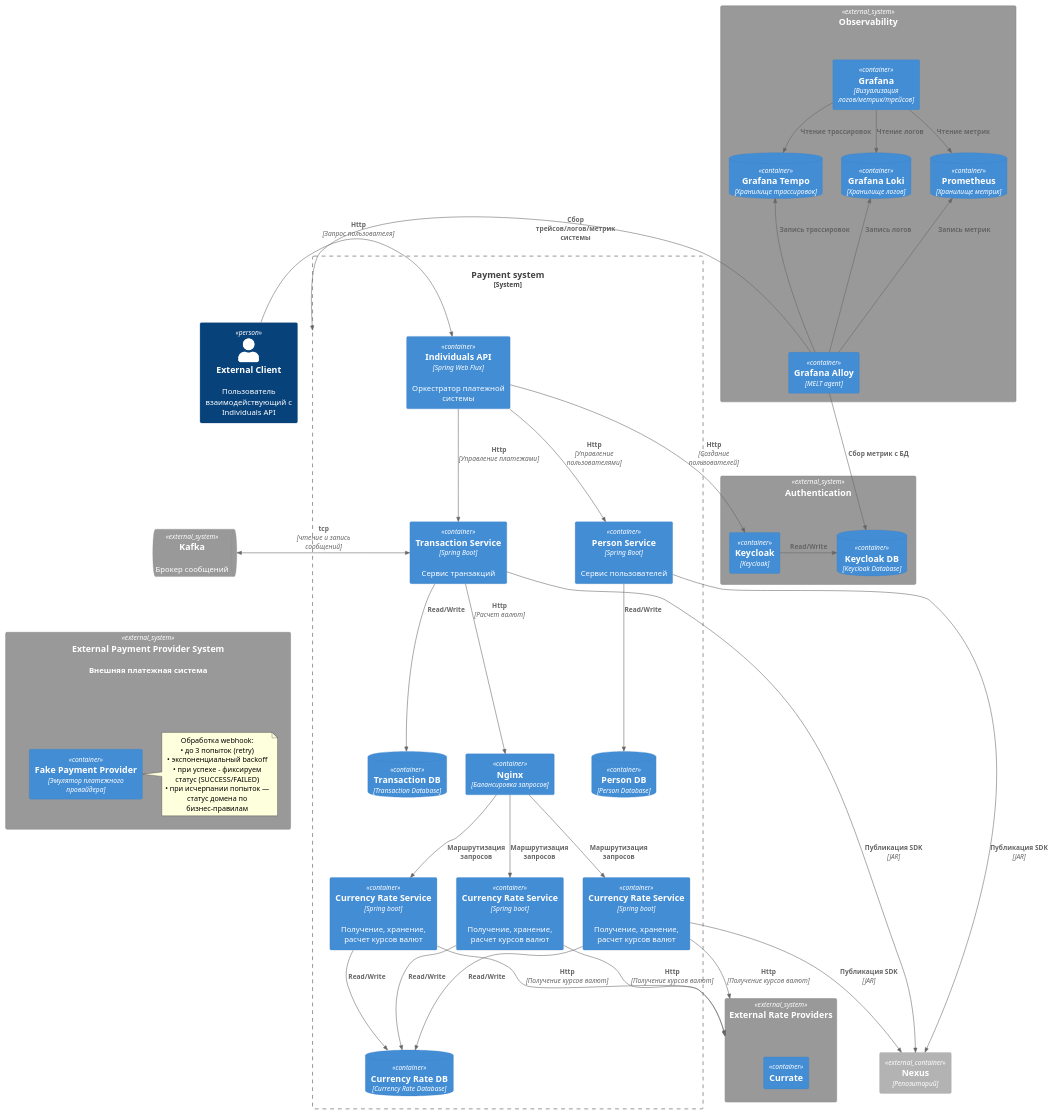
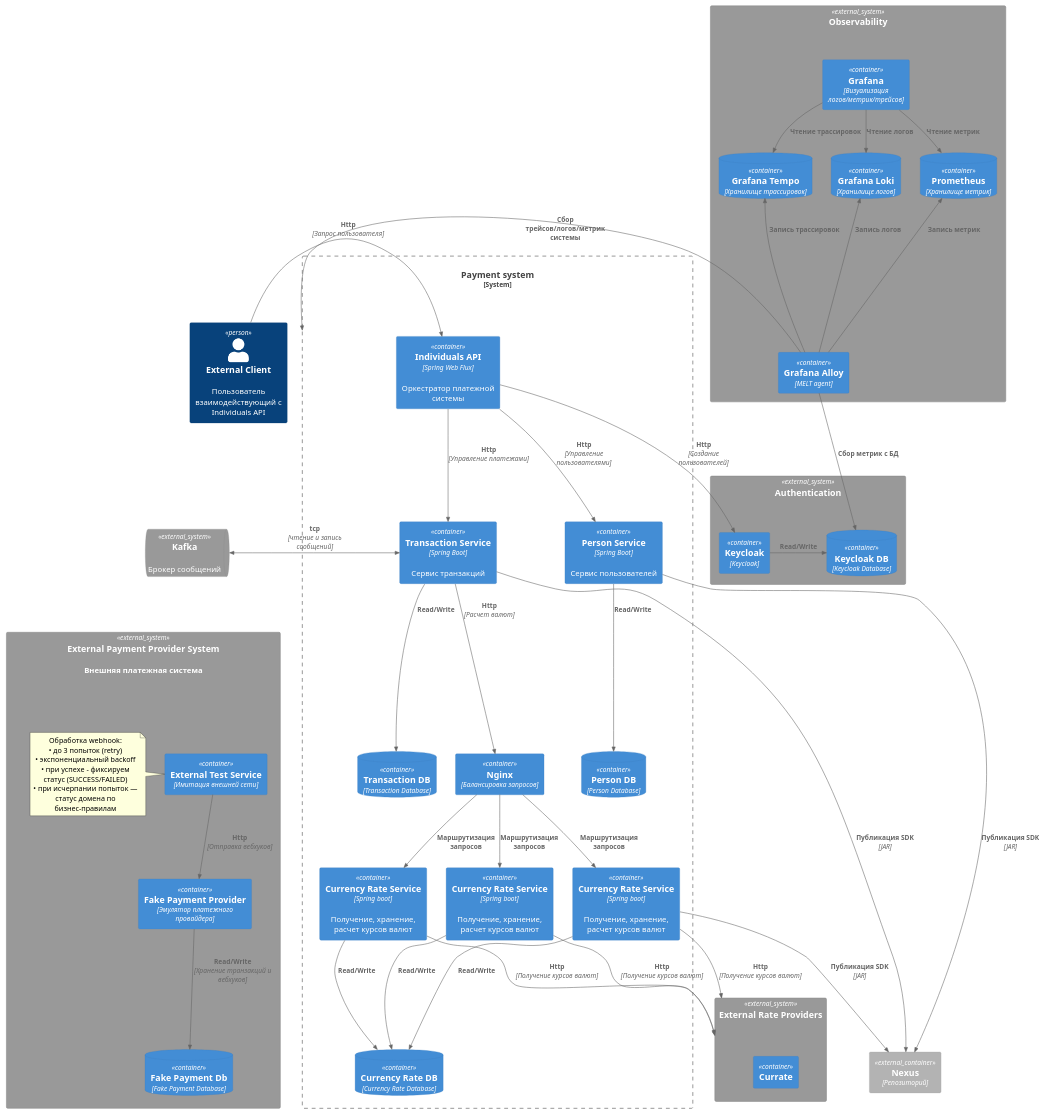
The diagram in diagram/container.puml (diamam90/payment-system), drawn with PlantUML before and after one commit. The commit also changed 5 other files, not shown here.

Commit message:
Исправление замечаний по диаграммам

```diff
--- a/diagram/container.puml
+++ b/diagram/container.puml
@@ -1,95 +1,100 @@
 @startuml
 !includeurl https://raw.githubusercontent.com/plantuml-stdlib/C4-PlantUML/master/C4_Container.puml
 
 Person(client, "External Client","Пользователь взаимодействующий с Individuals API")
 
 System_Boundary(payment, "Payment system") {
 
     Container(indApi, "Individuals API", "Spring Web Flux","Оркестратор платежной системы")
 
     Container(ps, "Person Service", "Spring Boot", "Сервис пользователей")
     ContainerDb(psDb, "Person DB", "Person Database")
 
     Container(ts, "Transaction Service", "Spring Boot", "Сервис транзакций")
     ContainerDb(tsDb, "Transaction DB", "Transaction Database")
     Container(ngnx, "Nginx", "Балансировка запросов")
     Container(crs1, "Currency Rate Service", "Spring boot", "Получение, хранение, расчет курсов валют")
     Container(crs2, "Currency Rate Service", "Spring boot", "Получение, хранение, расчет курсов валют")
     Container(crs3, "Currency Rate Service", "Spring boot", "Получение, хранение, расчет курсов валют")
 
     ContainerDb(crsDb, "Currency Rate DB", "Currency Rate Database")
 }
 
 System_Ext(auth, "Authentication"){
     Container(kc, "Keycloak", "Keycloak")
     ContainerDb(kcDb, "Keycloak DB", "Keycloak Database")
 }
 
 System_Ext(obs, "Observability") {
     Container(alloy, "Grafana Alloy", "MELT agent")
     Container(grafana,  "Grafana", "Визуализация логов/метрик/трейсов")
     ContainerDb(prometheus, "Prometheus", "Хранилище метрик")
     ContainerDb(loki, "Grafana Loki", "Хранилище логов")
     ContainerDb(tempo, "Grafana Tempo","Хранилище трассировок")
 }
 
 System_Ext(rateProvider, "External Rate Providers") {
     Container(currate, "Currate")
 }
 
 System_Ext(extProviderSystem, "External Payment Provider System", "Внешняя платежная система") {
     Container(fakePP, "Fake Payment Provider", "Эмулятор платежного провайдера")
+    Container(extNet, "External Test Service","Имитация внешней сети")
+    ContainerDb(fakePPDb, "Fake Payment Db", "Fake Payment Database")
 
-    note right of fakePP
+    note left of extNet
       Обработка webhook:
       • до 3 попыток (retry)
       • экспоненциальный backoff
       • при успехе - фиксируем статус (SUCCESS/FAILED)
       • при исчерпании попыток — статус домена по бизнес-правилам
     end note
 }
 
 Container_Ext(nexus,"Nexus","Репозиторий")
 
 SystemQueue_Ext(kafka, "Kafka", "Брокер сообщений")
 
 Lay_D(kafka, extProviderSystem)
 
 Rel_R(client, indApi,"Http","Запрос пользователя")
 
 Rel_D(indApi, ps,"Http", "Управление пользователями")
 Rel_D(ps,psDb, "Read/Write")
 Rel_D(ts,ngnx, "Http","Расчет валют")
 Rel_D(ngnx, crs1, "Маршрутизация запросов")
 Rel_D(ngnx, crs2, "Маршрутизация запросов")
 Rel_D(ngnx, crs3, "Маршрутизация запросов")
 Rel_D(crs1, crsDb, "Read/Write")
 Rel_D(crs2, crsDb, "Read/Write")
 Rel_D(crs3, crsDb, "Read/Write")
 Rel(crs1, rateProvider, "Http","Получение курсов валют")
 Rel(crs2, rateProvider, "Http","Получение курсов валют")
 Rel(crs3, rateProvider, "Http","Получение курсов валют")
 
 Rel_D(indApi,ts,"Http","Управление платежами")
 Rel_D(ts,tsDb, "Read/Write")
 
 Rel(indApi, kc, "Http","Создание пользователей")
 Rel_R(kc,kcDb,"Read/Write")
 
+Rel_D(extNet, fakePP, "Http", "Отправка вебхуков")
+Rel_D(fakePP, fakePPDb, "Read/Write","Хранение транзакций и вебхуков")
+
 BiRel_L(ts,kafka,"tcp","чтение и запись сообщений")
 
 Rel_D(grafana, prometheus,"Чтение метрик")
 Rel_D(grafana, loki,"Чтение логов")
 Rel_D(grafana, tempo,"Чтение трассировок")
 
 Rel_U(alloy, prometheus, "Запись метрик")
 Rel_U(alloy, loki, "Запись логов")
 Rel_U(alloy, tempo, "Запись трассировок")
 
 Rel_L(alloy, payment,"Сбор трейсов/логов/метрик системы")
 Rel(alloy, kcDb, "Сбор метрик с БД")
 
 Rel(ps, nexus, "Публикация SDK","JAR")
 Rel(ts, nexus, "Публикация SDK","JAR")
 Rel(crs3, nexus, "Публикация SDK","JAR")
 @enduml
```
